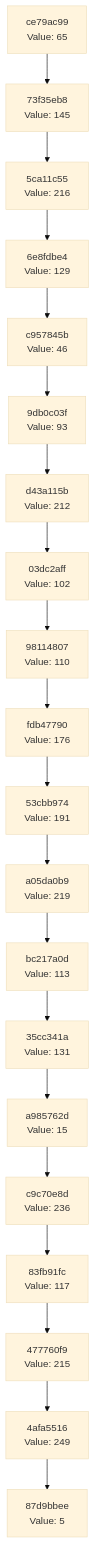
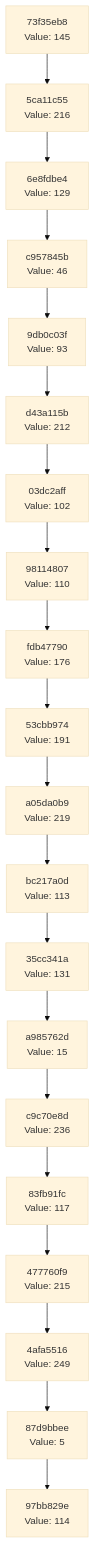
The diagram in docs/CHAIN_VISUALIZATION.md (Abhisheksinha1506/hash-chain-evolver), drawn with Mermaid (base theme) before and after one commit. The commit also changed 3 other files, not shown here.

````diff
--- a/docs/CHAIN_VISUALIZATION.md
+++ b/docs/CHAIN_VISUALIZATION.md
@@ -3,42 +3,42 @@
 ```mermaid
 graph TD
-    C0["87d9bbee<br/>Value: 5"]
-    C1["4afa5516<br/>Value: 249"]
+    C0["97bb829e<br/>Value: 114"]
+    C1["87d9bbee<br/>Value: 5"]
     C1 --> C0
-    C2["477760f9<br/>Value: 215"]
+    C2["4afa5516<br/>Value: 249"]
     C2 --> C1
-    C3["83fb91fc<br/>Value: 117"]
+    C3["477760f9<br/>Value: 215"]
     C3 --> C2
-    C4["c9c70e8d<br/>Value: 236"]
+    C4["83fb91fc<br/>Value: 117"]
     C4 --> C3
-    C5["a985762d<br/>Value: 15"]
+    C5["c9c70e8d<br/>Value: 236"]
     C5 --> C4
-    C6["35cc341a<br/>Value: 131"]
+    C6["a985762d<br/>Value: 15"]
     C6 --> C5
-    C7["bc217a0d<br/>Value: 113"]
+    C7["35cc341a<br/>Value: 131"]
     C7 --> C6
-    C8["a05da0b9<br/>Value: 219"]
+    C8["bc217a0d<br/>Value: 113"]
     C8 --> C7
-    C9["53cbb974<br/>Value: 191"]
+    C9["a05da0b9<br/>Value: 219"]
     C9 --> C8
-    C10["fdb47790<br/>Value: 176"]
+    C10["53cbb974<br/>Value: 191"]
     C10 --> C9
-    C11["98114807<br/>Value: 110"]
+    C11["fdb47790<br/>Value: 176"]
     C11 --> C10
-    C12["03dc2aff<br/>Value: 102"]
+    C12["98114807<br/>Value: 110"]
     C12 --> C11
-    C13["d43a115b<br/>Value: 212"]
+    C13["03dc2aff<br/>Value: 102"]
     C13 --> C12
-    C14["9db0c03f<br/>Value: 93"]
+    C14["d43a115b<br/>Value: 212"]
     C14 --> C13
-    C15["c957845b<br/>Value: 46"]
+    C15["9db0c03f<br/>Value: 93"]
     C15 --> C14
-    C16["6e8fdbe4<br/>Value: 129"]
+    C16["c957845b<br/>Value: 46"]
     C16 --> C15
-    C17["5ca11c55<br/>Value: 216"]
+    C17["6e8fdbe4<br/>Value: 129"]
     C17 --> C16
-    C18["73f35eb8<br/>Value: 145"]
+    C18["5ca11c55<br/>Value: 216"]
     C18 --> C17
-    C19["ce79ac99<br/>Value: 65"]
+    C19["73f35eb8<br/>Value: 145"]
     C19 --> C18
 ```
````
